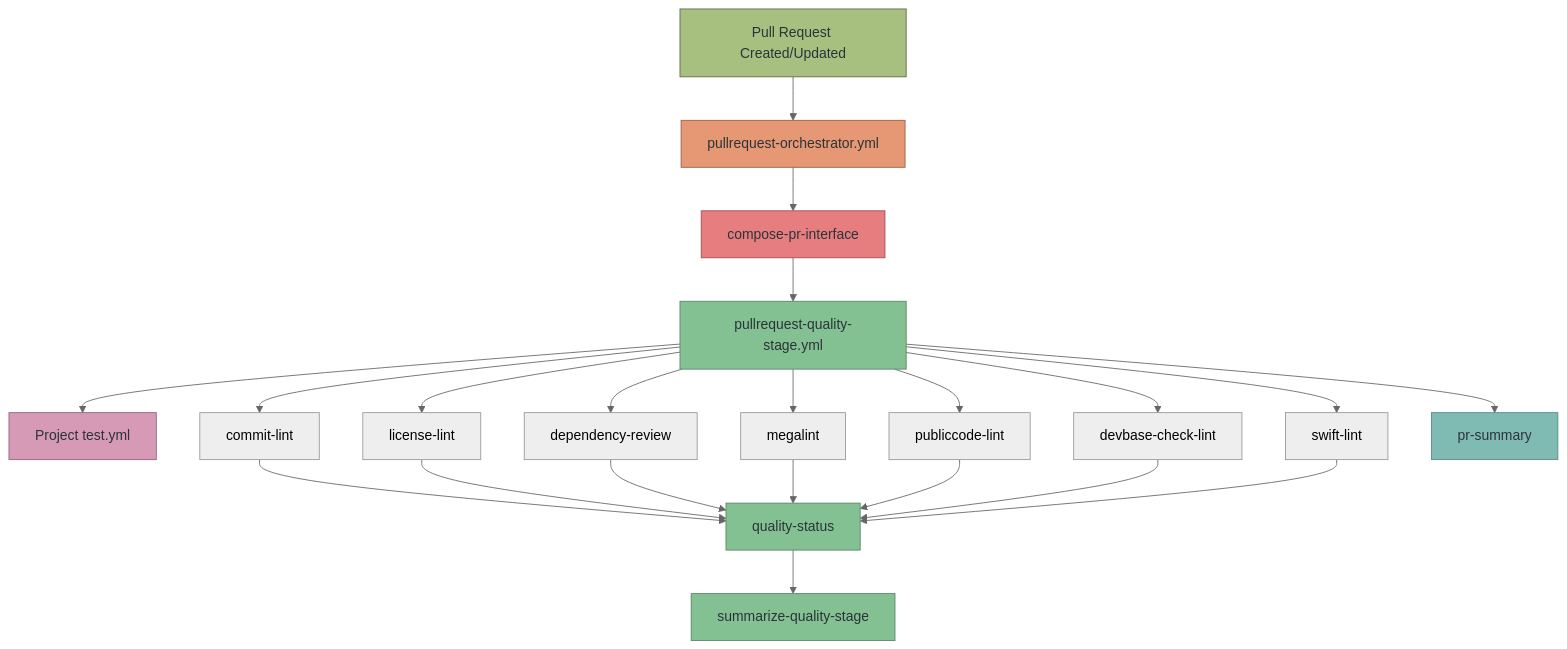
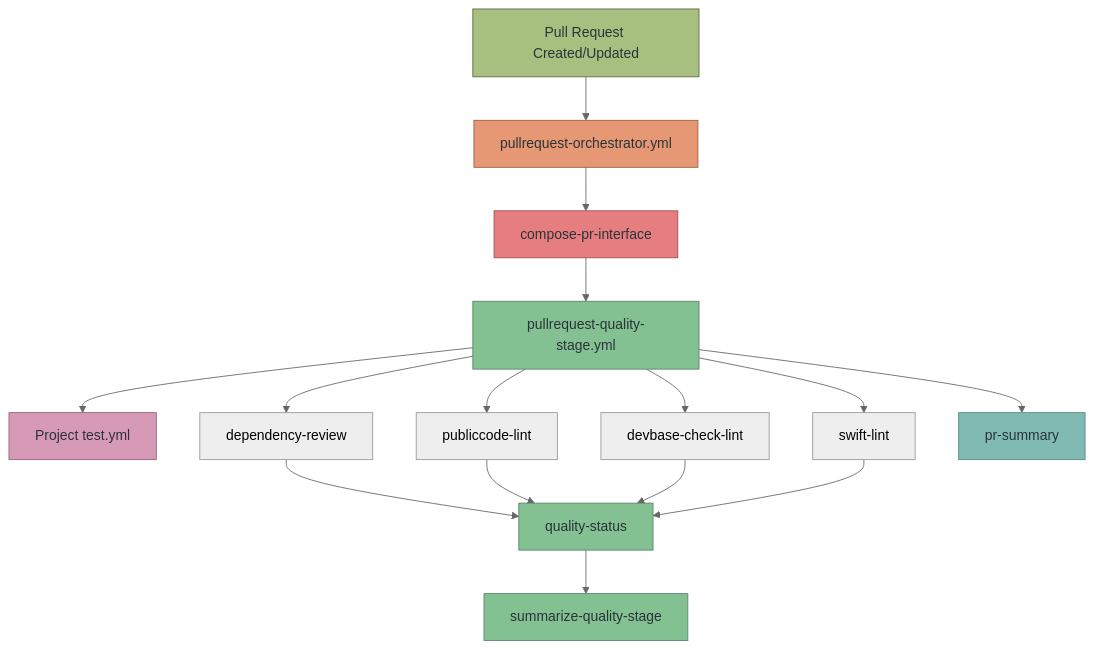
The first of 7 diagrams in docs/workflows.md (diggsweden/reusable-ci), drawn with Mermaid (neutral theme) before and after one commit. The commit also changed other lines of this file and 32 other files, not shown here.

````diff
--- a/docs/workflows.md
+++ b/docs/workflows.md
@@ -25,33 +25,27 @@
 ```mermaid
 graph TD
     A[Pull Request Created/Updated] --> B[pullrequest-orchestrator.yml]
     B --> C[compose-pr-interface]
     C --> D[pullrequest-quality-stage.yml]
     D --> E[Project test.yml]
 
-    D --> F[commit-lint]
-    D --> G[license-lint]
     D --> H[dependency-review]
-    D --> I[megalint]
     D --> J[publiccode-lint]
     D --> K[devbase-check-lint]
     D --> L[swift-lint]
-    F --> M[quality-status]
-    G --> M
-    H --> M
-    I --> M
+    H --> M[quality-status]
     J --> M
     K --> M
     L --> M
     M --> N[summarize-quality-stage]
     D --> O[pr-summary]
 
     style A fill:#a7c080,stroke:#5c6a4a,color:#2b3339
     style B fill:#e69875,stroke:#9d5c41,color:#2b3339
     style C fill:#e67e80,stroke:#9d4f50,color:#2b3339
     style D fill:#83c092,stroke:#5c856a,color:#2b3339
     style E fill:#d699b6,stroke:#93647c,color:#2b3339
     style M fill:#83c092,stroke:#5c856a,color:#2b3339
     style N fill:#83c092,stroke:#5c856a,color:#2b3339
     style O fill:#7fbbb3,stroke:#5a8a82,color:#2b3339
 ```
````
